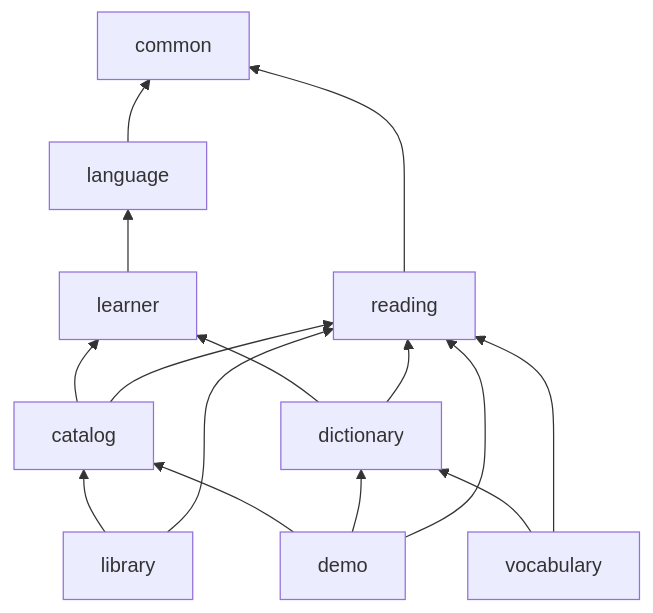
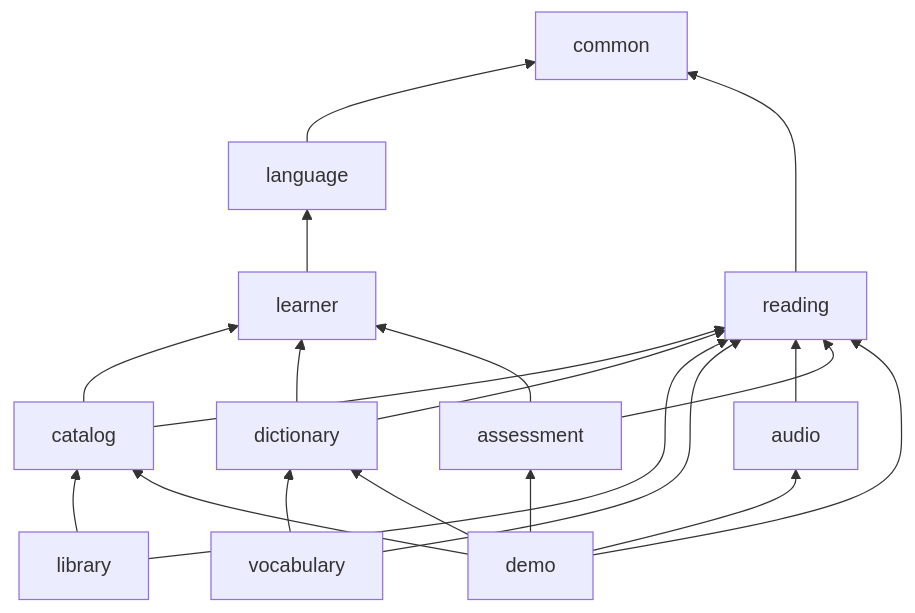
Before and after one commit to wasichai/lesen: the second of 2 diagrams in docs/architecture/overview.md, drawn with Mermaid. The commit also changed other lines of this file and 46 other files, not shown here.

````diff
--- a/docs/architecture/overview.md
+++ b/docs/architecture/overview.md
@@ -44,12 +44,14 @@
 ```mermaid
 flowchart BT
   common
   language --> common
   learner --> language
   reading --> common
   catalog --> learner & reading
   dictionary --> learner & reading
   library --> catalog & reading
   vocabulary --> dictionary & reading
-  demo --> catalog & dictionary & reading
+  audio --> reading
+  assessment --> learner & reading
+  demo --> assessment & audio & catalog & dictionary & reading
 ```
````
